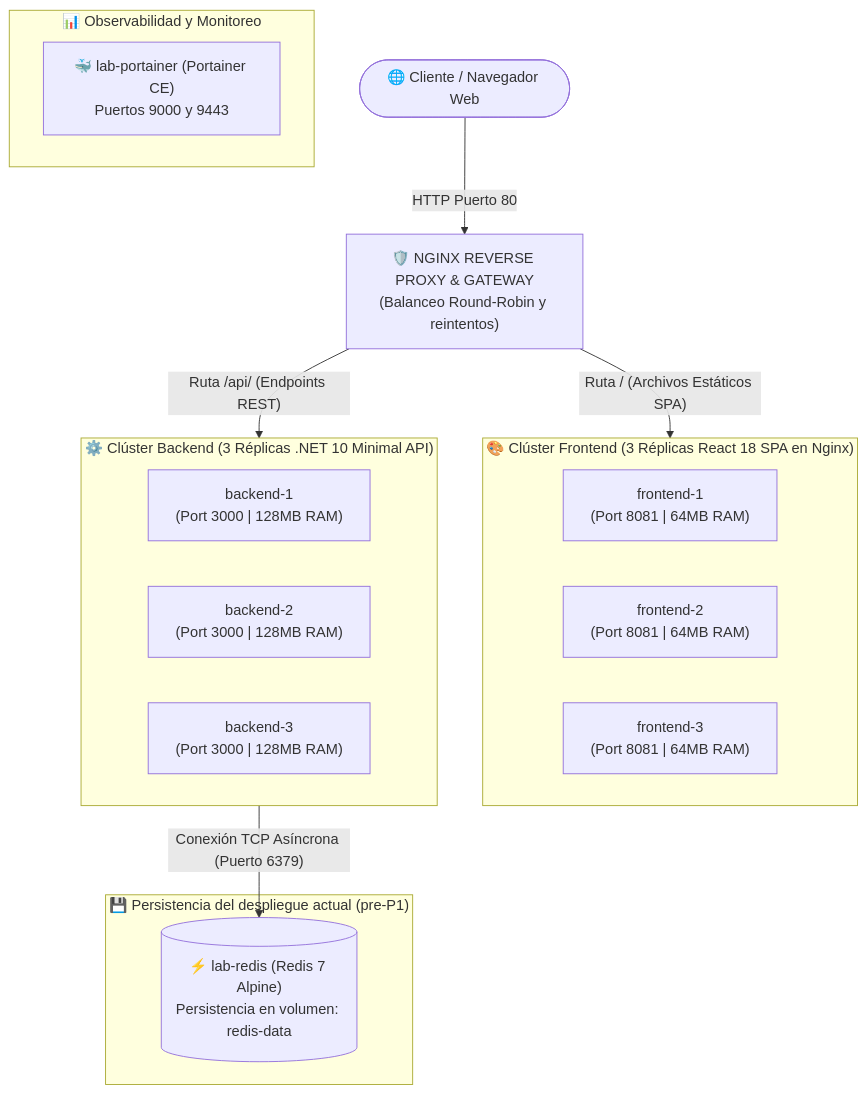
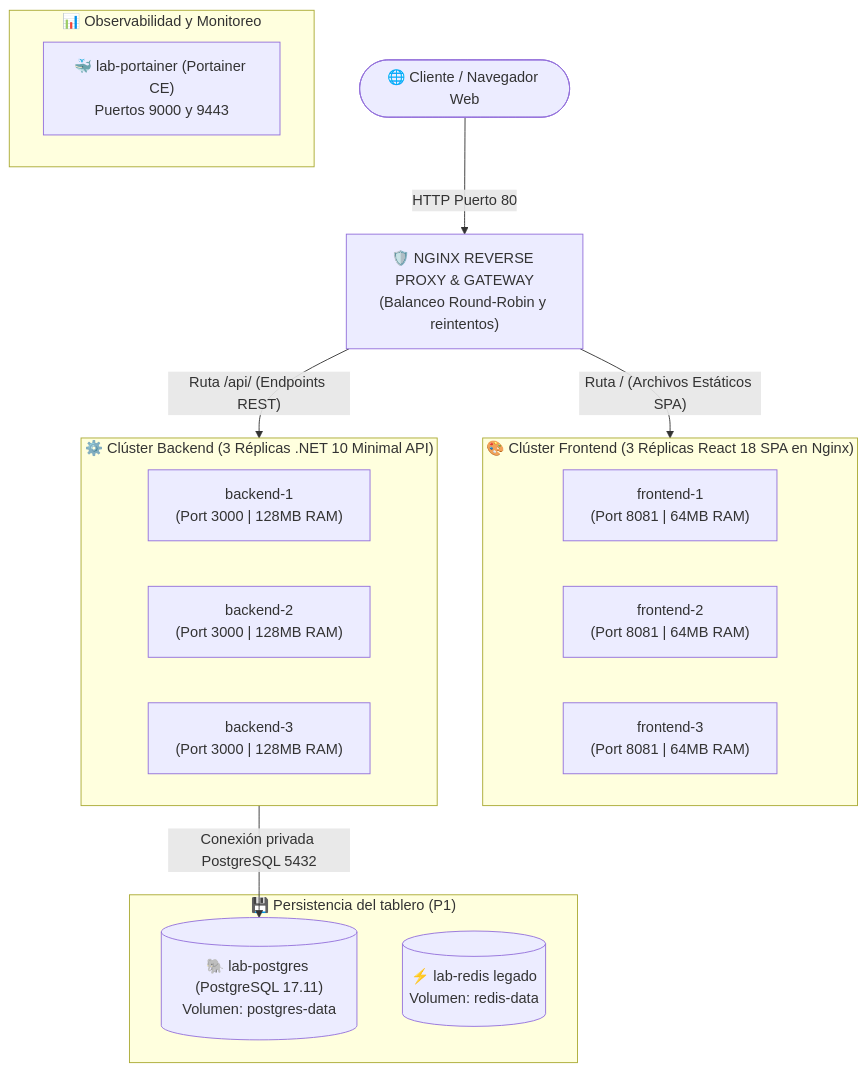
Before and after one commit to maxivalenzano/dev-ops-clase-2: the first of 2 diagrams in README.md, drawn with Mermaid. The commit also changed other lines of this file and 8 other files, not shown here.

Commit message:
docs: record verified PostgreSQL releases and classroom migration guide

````diff
--- a/README.md
+++ b/README.md
@@ -35,28 +35,29 @@
 ```mermaid
 graph TD
     Client(["🌐 Cliente / Navegador Web"]) -->|"HTTP Puerto 80"| Nginx["🛡️ NGINX REVERSE PROXY & GATEWAY<br/>(Balanceo Round-Robin y reintentos)"]
 
     subgraph FrontCluster ["🎨 Clúster Frontend (3 Réplicas React 18 SPA en Nginx)"]
         F1["frontend-1<br/>(Port 8081 | 64MB RAM)"]
         F2["frontend-2<br/>(Port 8081 | 64MB RAM)"]
         F3["frontend-3<br/>(Port 8081 | 64MB RAM)"]
     end
 
     subgraph BackCluster ["⚙️ Clúster Backend (3 Réplicas .NET 10 Minimal API)"]
         B1["backend-1<br/>(Port 3000 | 128MB RAM)"]
         B2["backend-2<br/>(Port 3000 | 128MB RAM)"]
         B3["backend-3<br/>(Port 3000 | 128MB RAM)"]
     end
 
-    subgraph Database ["💾 Persistencia del despliegue actual (pre-P1)"]
-        Redis[("⚡ lab-redis (Redis 7 Alpine)<br/>Persistencia en volumen: redis-data")]
+    subgraph Database ["💾 Persistencia del tablero (P1)"]
+        PostgreSQL[("🐘 lab-postgres (PostgreSQL 17.11)<br/>Volumen: postgres-data")]
+        Redis[("⚡ lab-redis legado<br/>Volumen: redis-data")]
     end
 
     subgraph Observability ["📊 Observabilidad y Monitoreo"]
     Portainer["🐳 lab-portainer (Portainer CE)<br/>Puertos 9000 y 9443"]
     end
 
     Nginx -->|"Ruta / (Archivos Estáticos SPA)"| FrontCluster
     Nginx -->|"Ruta /api/ (Endpoints REST)"| BackCluster
-    BackCluster -->|"Conexión TCP Asíncrona (Puerto 6379)"| Redis
+    BackCluster -->|"Conexión privada PostgreSQL 5432"| PostgreSQL
 ```
````
